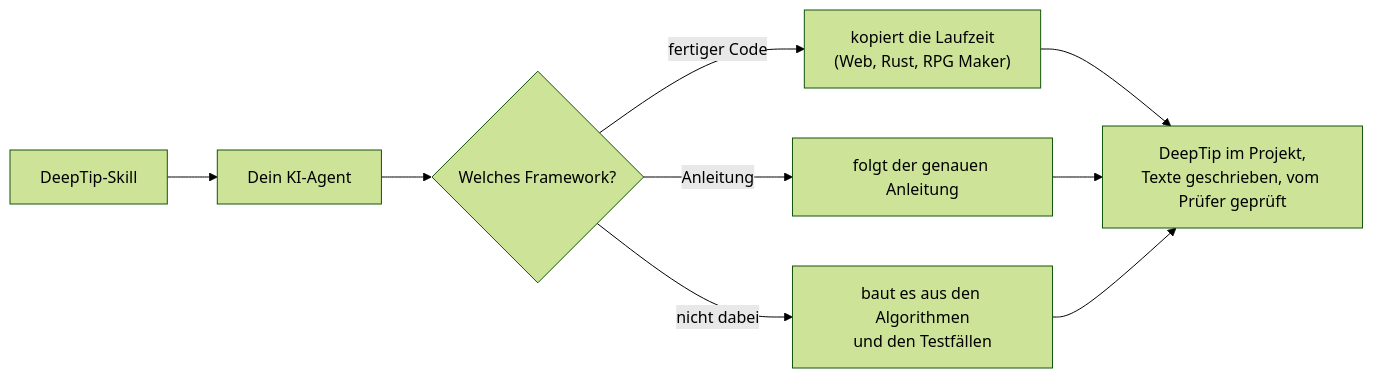
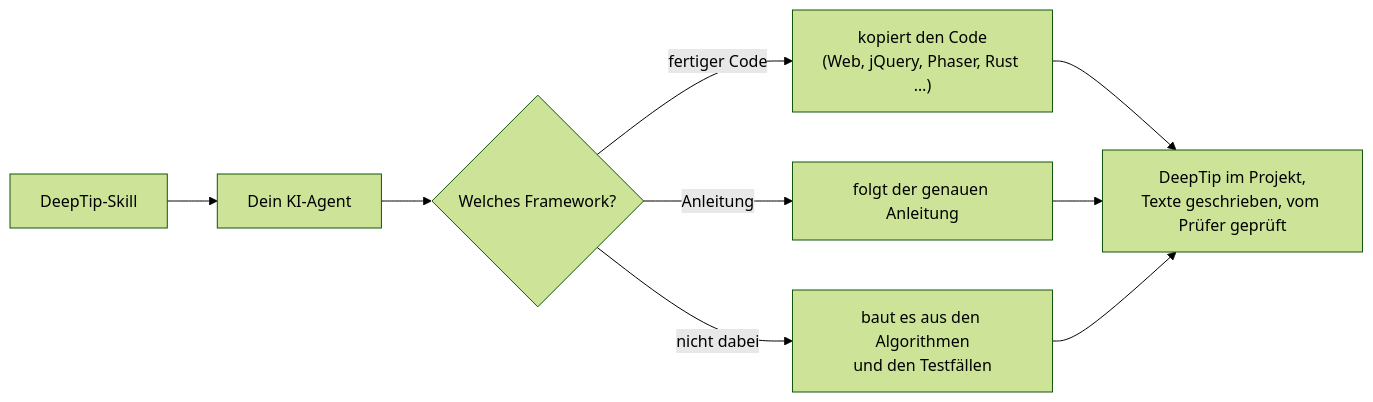
Before and after one commit to gorduan/DeepTip: the diagram in README.de.md, drawn with Mermaid (forest theme). The commit also changed other lines of this file and 222 other files, not shown here.

````diff
--- a/README.de.md
+++ b/README.de.md
@@ -49,11 +53,11 @@
 ```mermaid
 flowchart LR
   S["DeepTip-Skill"] --> A["Dein KI-Agent"]
   A --> D{"Welches Framework?"}
-  D -->|"fertiger Code"| C["kopiert die Laufzeit<br/>(Web, Rust, RPG Maker)"]
+  D -->|"fertiger Code"| C["kopiert den Code<br/>(Web, jQuery, Phaser, Rust …)"]
   D -->|"Anleitung"| G["folgt der genauen Anleitung"]
   D -->|"nicht dabei"| N["baut es aus den Algorithmen<br/>und den Testfällen"]
   C --> P["DeepTip im Projekt,<br/>Texte geschrieben, vom Prüfer geprüft"]
   G --> P
   N --> P
 ```
````
